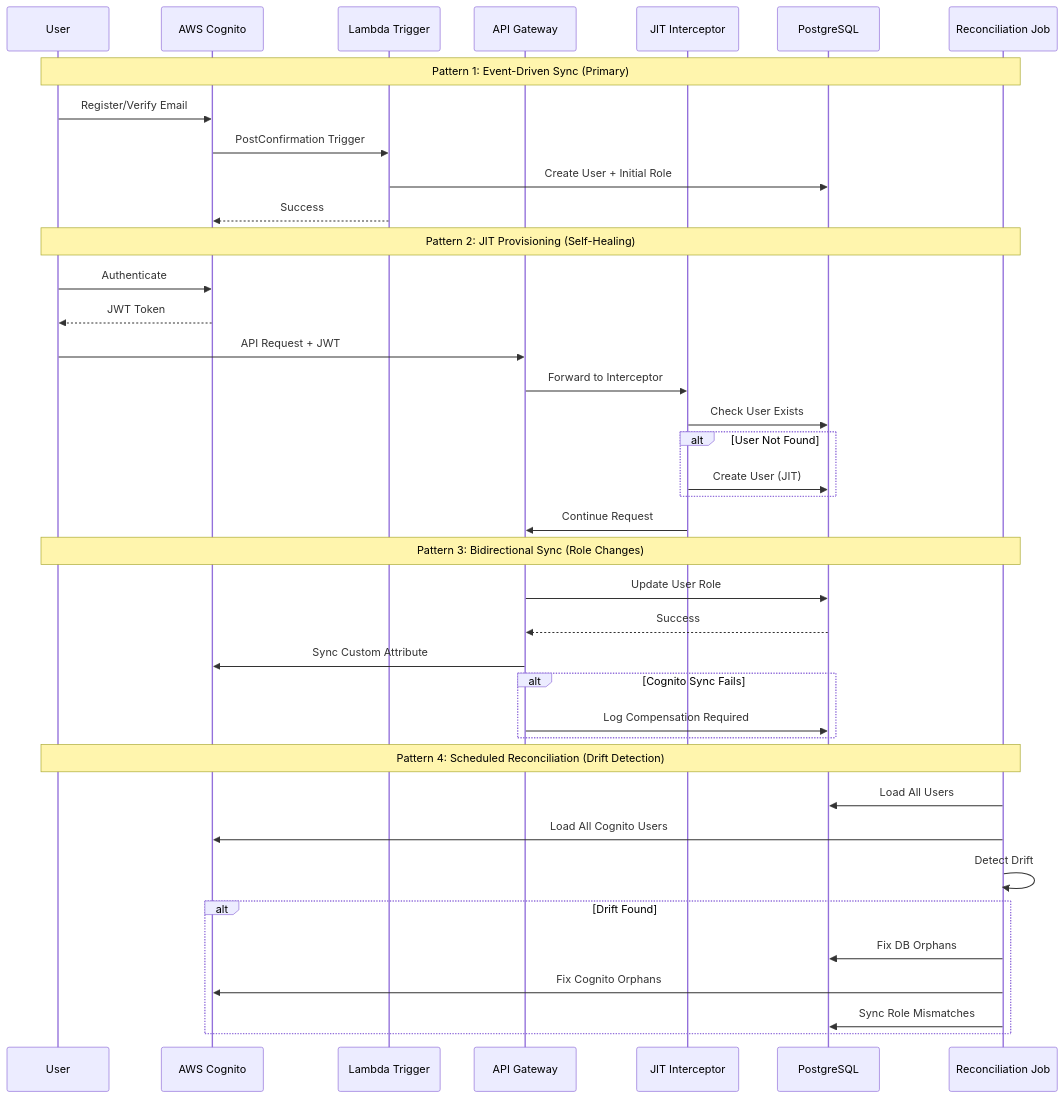
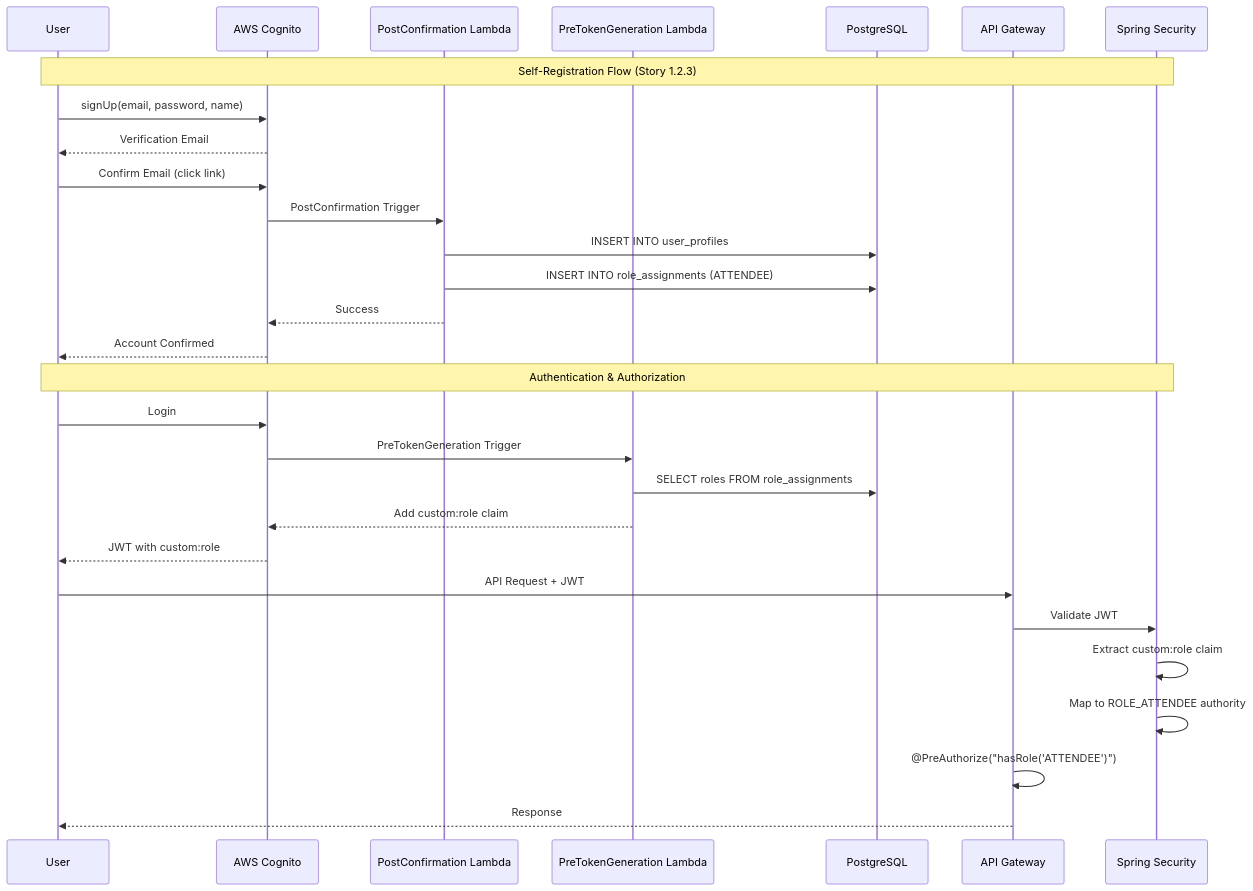
The diagram in docs/architecture/06b-user-lifecycle-sync.md (nissimbuchs/BATbern2), drawn with Mermaid before and after one commit. The commit also changed other lines of this file and 442 other files, not shown here.

````diff
--- a/docs/architecture/06b-user-lifecycle-sync.md
+++ b/docs/architecture/06b-user-lifecycle-sync.md
@@ -23,45 +31,34 @@
 ```mermaid
 sequenceDiagram
     participant U as User
     participant C as AWS Cognito
-    participant L as Lambda Trigger
+    participant PC as PostConfirmation Lambda
+    participant PT as PreTokenGeneration Lambda
+    participant DB as PostgreSQL
     participant API as API Gateway
-    participant I as JIT Interceptor
-    participant DB as PostgreSQL
-    participant R as Reconciliation Job
+    participant SS as Spring Security
 
-    Note over U,R: Pattern 1: Event-Driven Sync (Primary)
-    U->>C: Register/Verify Email
-    C->>L: PostConfirmation Trigger
-    L->>DB: Create User + Initial Role
-    L-->>C: Success
+    Note over U,SS: Self-Registration Flow (Story 1.2.3)
+    U->>C: signUp(email, password, name)
+    C-->>U: Verification Email
+    U->>C: Confirm Email (click link)
+    C->>PC: PostConfirmation Trigger
+    PC->>DB: INSERT INTO user_profiles
+    PC->>DB: INSERT INTO role_assignments (ATTENDEE)
+    PC-->>C: Success
+    C-->>U: Account Confirmed
 
-    Note over U,R: Pattern 2: JIT Provisioning (Self-Healing)
-    U->>C: Authenticate
-    C-->>U: JWT Token
+    Note over U,SS: Authentication & Authorization
+    U->>C: Login
+    C->>PT: PreTokenGeneration Trigger
+    PT->>DB: SELECT roles FROM role_assignments
+    PT-->>C: Add custom:role claim
+    C-->>U: JWT with custom:role
+
     U->>API: API Request + JWT
-    API->>I: Forward to Interceptor
-    I->>DB: Check User Exists
-    alt User Not Found
-        I->>DB: Create User (JIT)
-    end
-    I->>API: Continue Request
-
-    Note over U,R: Pattern 3: Bidirectional Sync (Role Changes)
-    API->>DB: Update User Role
-    DB-->>API: Success
-    API->>C: Sync Custom Attribute
-    alt Cognito Sync Fails
-        API->>DB: Log Compensation Required
-    end
-
-    Note over U,R: Pattern 4: Scheduled Reconciliation (Drift Detection)
-    R->>DB: Load All Users
-    R->>C: Load All Cognito Users
-    R->>R: Detect Drift
-    alt Drift Found
-        R->>DB: Fix DB Orphans
-        R->>C: Fix Cognito Orphans
-        R->>DB: Sync Role Mismatches
-    end
+    API->>SS: Validate JWT
+    SS->>SS: Extract custom:role claim
+    SS->>SS: Map to ROLE_ATTENDEE authority
+    API->>API: @PreAuthorize("hasRole('ATTENDEE')")
+    API-->>U: Response
 ```
````
